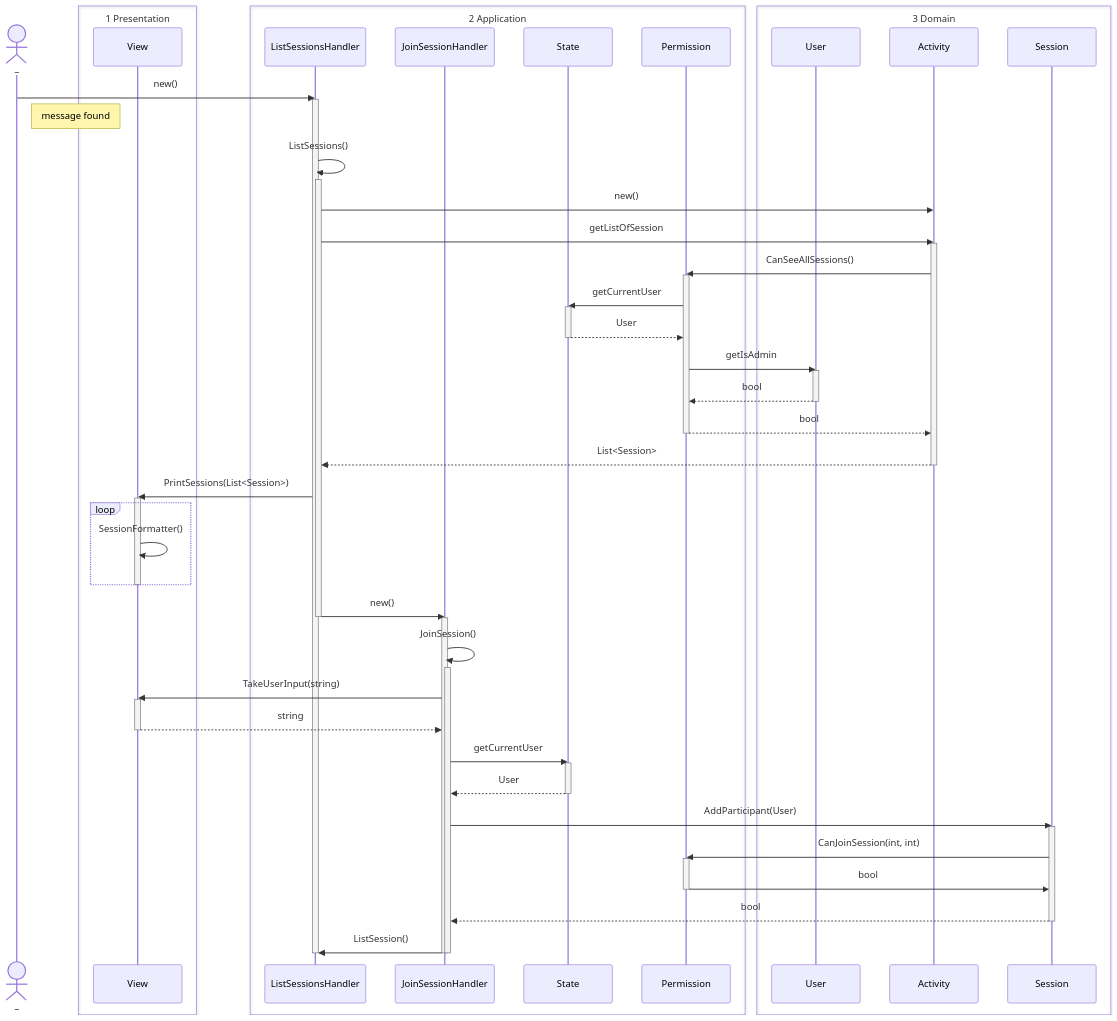
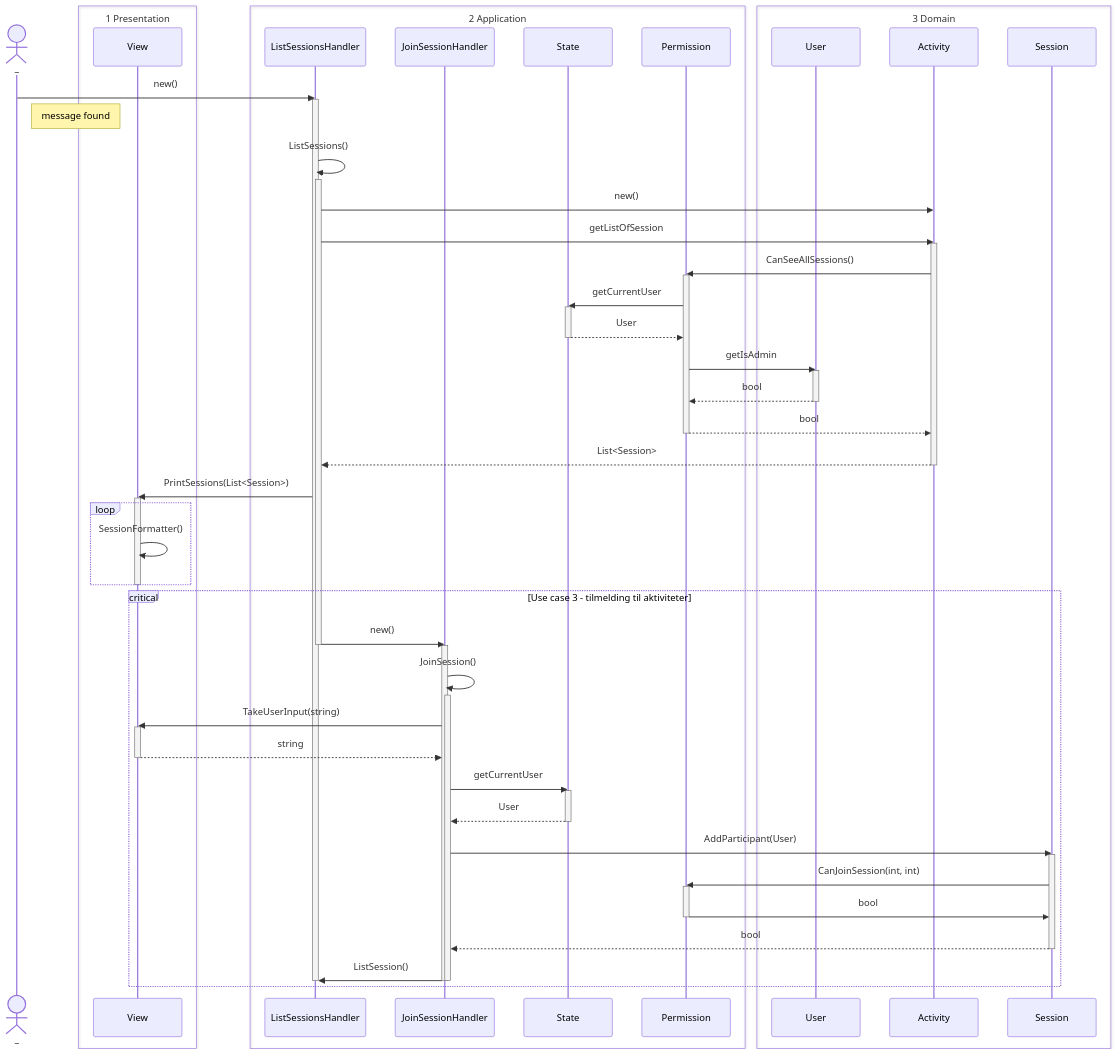
One commit to MatiasHeiberg/1.semesterprojekt changed the fifth of 5 diagrams in 02 notes/Sekvensdiagram.md. Above: the diagram before and after it, drawn with Mermaid.

Commit message:
tilføjelse til sekvensdiagram

````diff
--- a/02 notes/Sekvensdiagram.md
+++ b/02 notes/Sekvensdiagram.md
@@ -275,7 +275,7 @@
 			View->>View: SessionFormatter()
 			end
 		deactivate View
-		
+critical Use case 3 - tilmelding til aktiviteter
 		ListSessionsHandler->>JoinSessionHandler: new()
 		
 	deactivate ListSessionsHandler
@@ -316,4 +316,5 @@
 	deactivate JoinSessionHandler
 	
 deactivate ListSessionsHandler
+end
 ```
````
